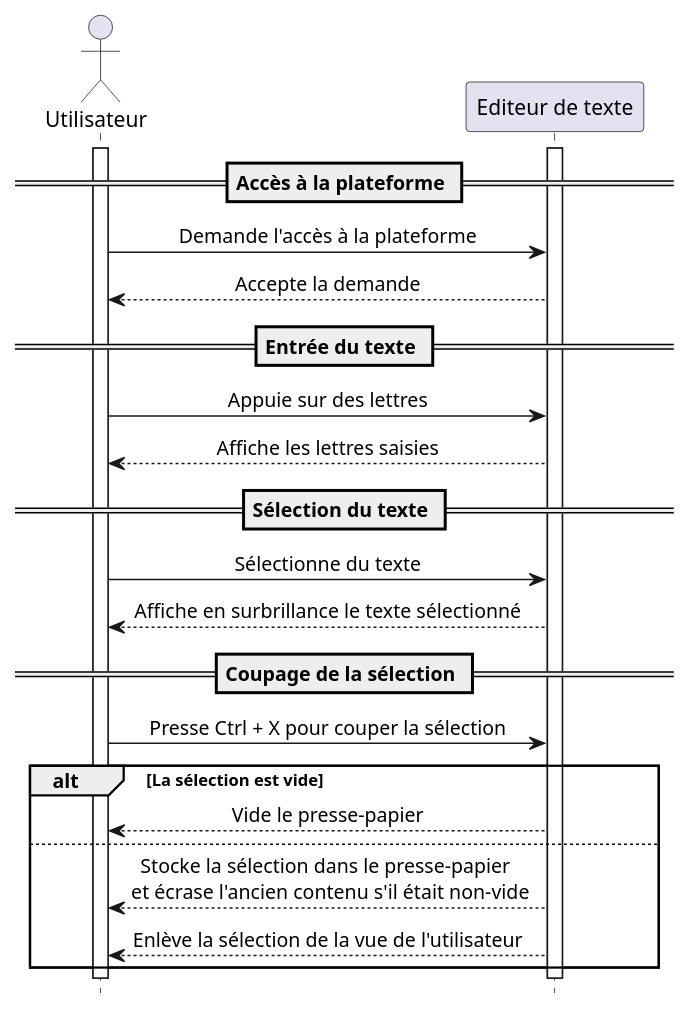
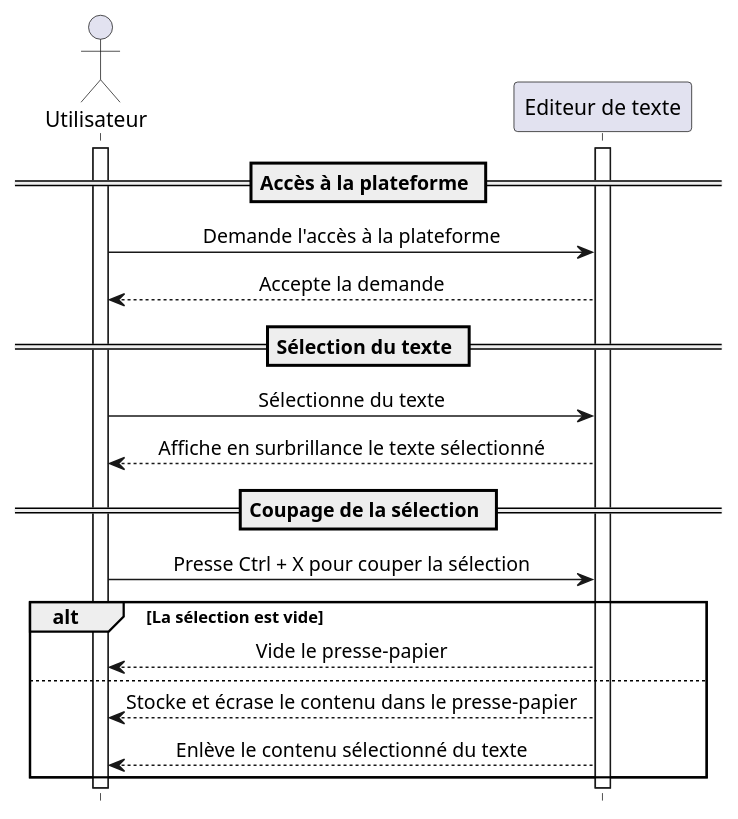
One commit to AquaBx/text-editor changed the diagram in V1/conception/diagramme-sequence/sequence-couper/couper.puml. Above: the diagram before and after it, drawn with PlantUML. The commit also changed 24 other files, not shown here.

```diff
--- a/V1/conception/diagramme-sequence/sequence-couper/couper.puml
+++ b/V1/conception/diagramme-sequence/sequence-couper/couper.puml
@@ -1,38 +1,33 @@
 @startuml couper-texte
 hide footbox
 skinparam sequenceMessageAlign center
 
 actor Utilisateur
 participant "Editeur de texte"
 
 activate Utilisateur
 activate "Editeur de texte"
 
 == Accès à la plateforme ==
 
 Utilisateur -> "Editeur de texte": Demande l'accès à la plateforme
 Utilisateur <-- "Editeur de texte": Accepte la demande
 
-== Entrée du texte ==
-
-Utilisateur -> "Editeur de texte": Appuie sur des lettres
-Utilisateur <-- "Editeur de texte": Affiche les lettres saisies
-
 == Sélection du texte ==
 
 Utilisateur -> "Editeur de texte": Sélectionne du texte
 Utilisateur <-- "Editeur de texte": Affiche en surbrillance le texte sélectionné
 
 == Coupage de la sélection ==
 
 Utilisateur -> "Editeur de texte": Presse Ctrl + X pour couper la sélection
 alt La sélection est vide
 Utilisateur <-- "Editeur de texte": Vide le presse-papier
 else
-Utilisateur <-- "Editeur de texte": Stocke la sélection dans le presse-papier \n et écrase l'ancien contenu s'il était non-vide
-Utilisateur <-- "Editeur de texte": Enlève la sélection de la vue de l'utilisateur
+Utilisateur <-- "Editeur de texte": Stocke et écrase le contenu dans le presse-papier
+Utilisateur <-- "Editeur de texte": Enlève le contenu sélectionné du texte
 end
 
 deactivate Utilisateur
 deactivate "Editeur de texte"
 @enduml
```
